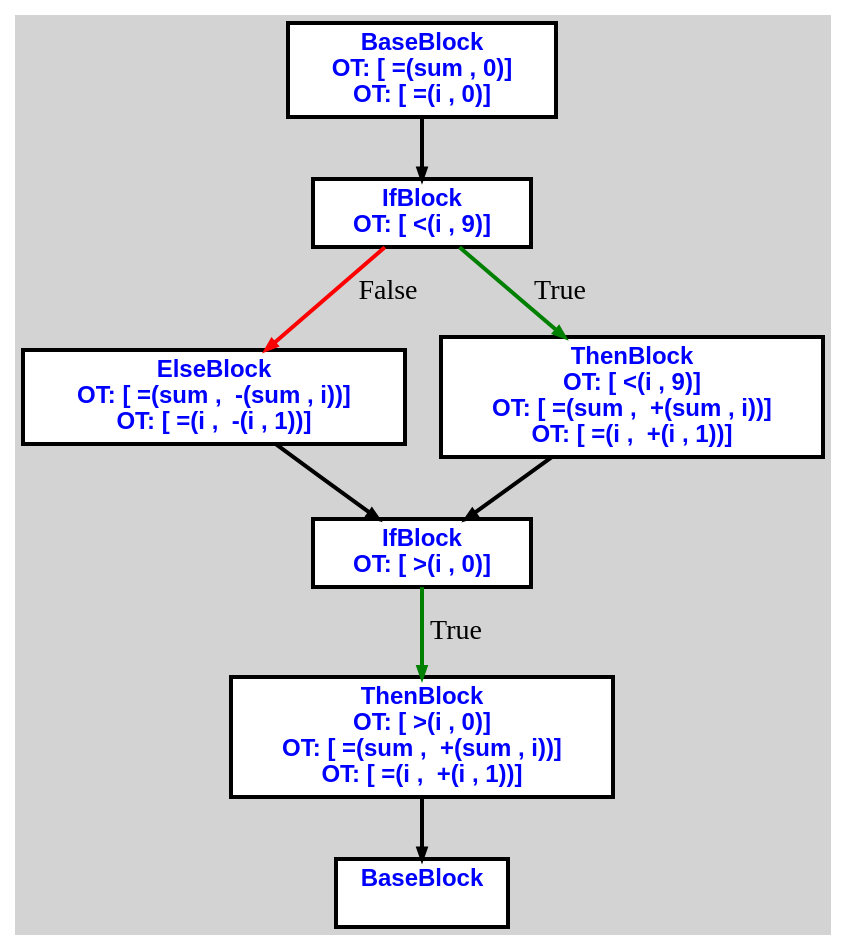
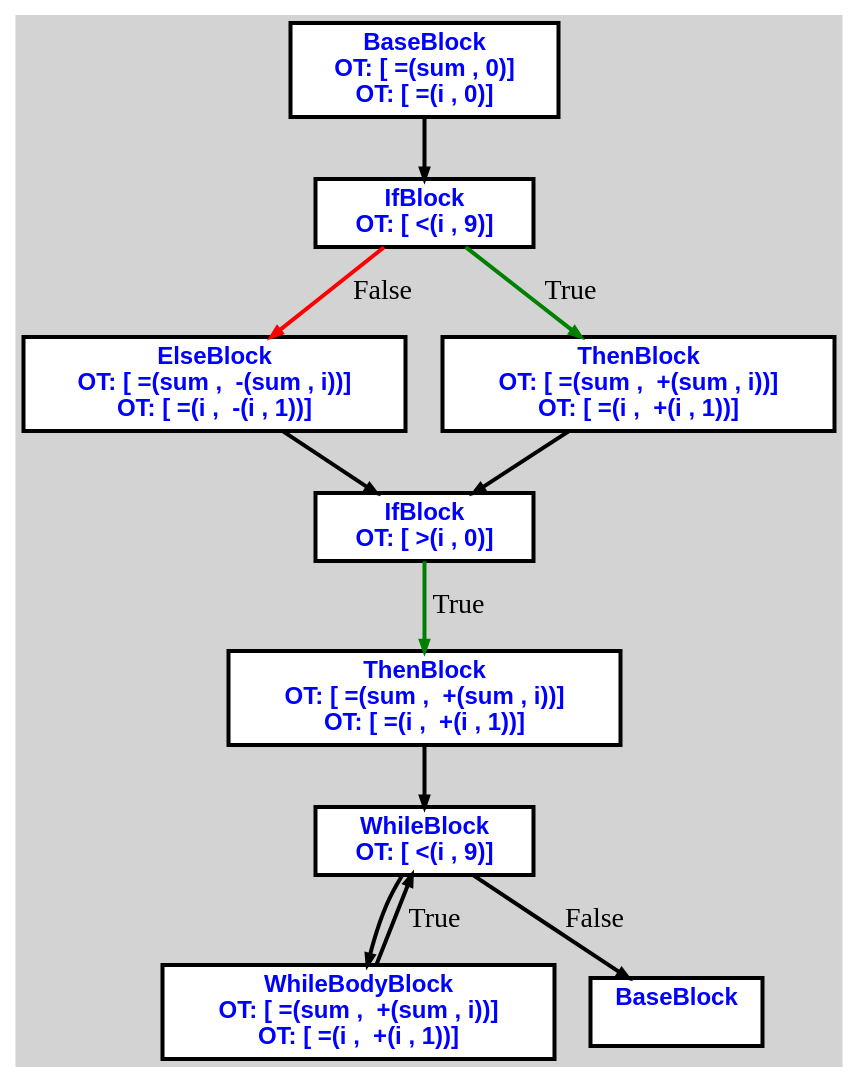
Before and after one commit to aveen007/CountingMonkeys: the diagram in cpoCompilerWin/cfgi0.dot, drawn with Graphviz. The commit also changed 7 other files, not shown here.

```diff
--- a/cpoCompilerWin/cfgi0.dot
+++ b/cpoCompilerWin/cfgi0.dot
@@ -1,30 +1,39 @@
 digraph G {
 ordering=out;
 ranksep=.4;
 bgcolor="lightgrey";  node [shape=box, fixedsize=false, fontsize=12, fontname="Helvetica-bold", fontcolor="blue"
 width=.25, height=.25, color="black", fillcolor="white", style="filled, solid, bold"];
 
-edge [arrowsize=.5, color="black", style="bold"]    n000001FBE178CC10 [label="BaseBlock\n OT: [ =(sum , 0)]
+edge [arrowsize=.5, color="black", style="bold"]    n000002204DC50290 [label="BaseBlock\n OT: [ =(sum , 0)]
 OT: [ =(i , 0)]
 "]
-    n000001FBE178CC10 -> n000001FBE178CD60
-    n000001FBE178CD60 [label="IfBlock\n OT: [ <(i , 9)]
+    n000002204DC50290 -> n000002204DC4FDC0
+    n000002204DC4FDC0 [label="IfBlock\n OT: [ <(i , 9)]
 "]
-    n000001FBE178D150 [label="ElseBlock\n OT: [ =(sum ,  -(sum , i))]
+    n000002204DC4F730 [label="ElseBlock\n OT: [ =(sum ,  -(sum , i))]
 OT: [ =(i ,  -(i , 1))]
 "]
-    n000001FBE178D070 [label="ThenBlock\n OT: [ <(i , 9)]
-OT: [ =(sum ,  +(sum , i))]
+    n000002204DC4FB90 [label="ThenBlock\n OT: [ =(sum ,  +(sum , i))]
 OT: [ =(i ,  +(i , 1))]
 "]
-    n000001FBE178CD60 -> n000001FBE178D150 [label="False" color="red"]
-    n000001FBE178D150 -> n000001FBE178CDD0    n000001FBE178CD60 -> n000001FBE178D070 [label="True" color="green"]
-    n000001FBE178D070 -> n000001FBE178CDD0    n000001FBE178CDD0 [label="IfBlock\n OT: [ >(i , 0)]
+    n000002204DC4FDC0 -> n000002204DC4F730 [label="False" color="red"]
+    n000002204DC4F730 -> n000002204DC4FF80    n000002204DC4FDC0 -> n000002204DC4FB90 [label="True" color="green"]
+    n000002204DC4FB90 -> n000002204DC4FF80    n000002204DC4FF80 [label="IfBlock\n OT: [ >(i , 0)]
 "]
-    n000001FBE178CA50 [label="ThenBlock\n OT: [ >(i , 0)]
-OT: [ =(sum ,  +(sum , i))]
+    n000002204DC4F9D0 [label="ThenBlock\n OT: [ =(sum ,  +(sum , i))]
 OT: [ =(i ,  +(i , 1))]
 "]
-    n000001FBE178CDD0 -> n000001FBE178CA50 [label="True" color="green"]
-    n000001FBE178CA50 -> n000001FBE178CAC0    n000001FBE178CAC0 [label="BaseBlock\n "]
+    n000002204DC4FF80 -> n000002204DC4F9D0 [label="True" color="green"]
+    n000002204DC4F9D0 -> n000002204DC503E0    n000002204DC503E0 [label="WhileBlock\n OT: [ <(i , 9)]
+"]
+    n000002204DC503E0 -> n000002204DC4F5E0
+    n000002204DC4F5E0 [label="WhileBodyBlock\n OT: [ =(sum ,  +(sum , i))]
+OT: [ =(i ,  +(i , 1))]
+"]
+    n000002204DC4F5E0 [label="WhileBodyBlock\n OT: [ =(sum ,  +(sum , i))]
+OT: [ =(i ,  +(i , 1))]
+"]
+    n000002204DC4F5E0 -> n000002204DC503E0 [label="True" color="black"]
+    n000002204DC503E0 -> n000002204DC4FC70 [label="False" color="black"]
+    n000002204DC4FC70 [label="BaseBlock\n "]
 }
```
